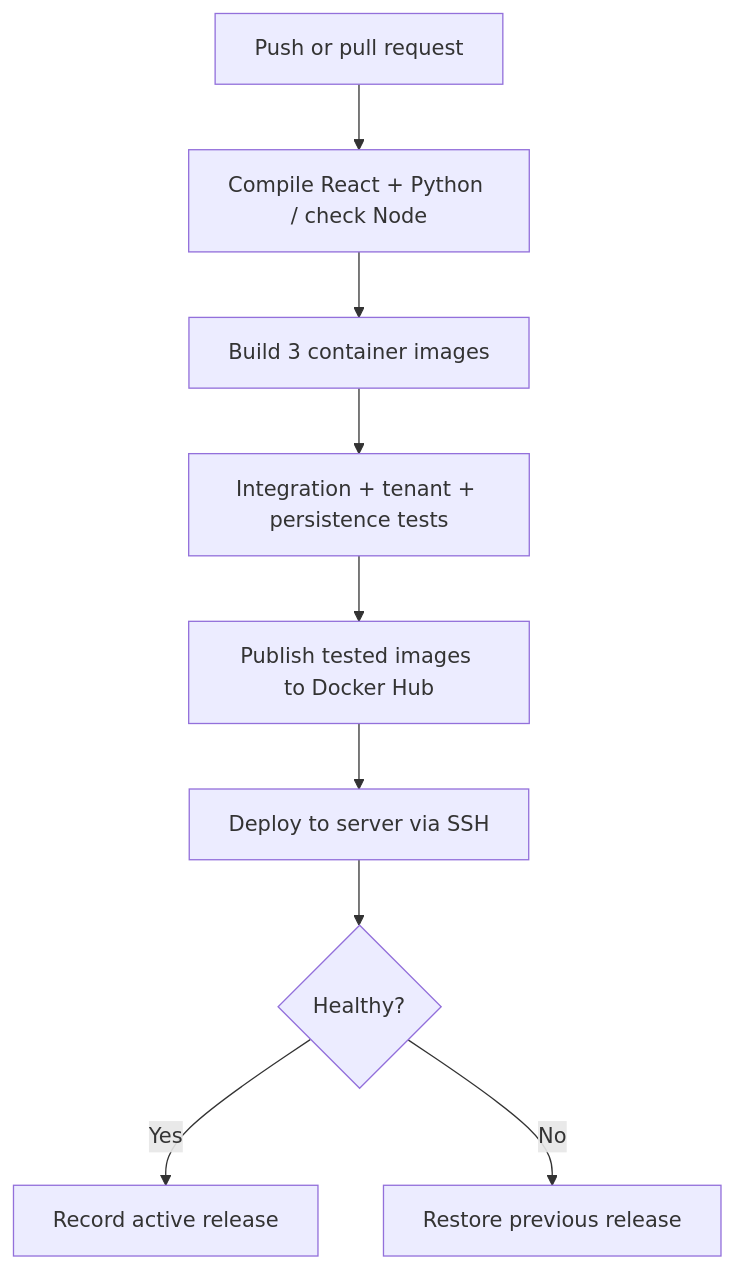
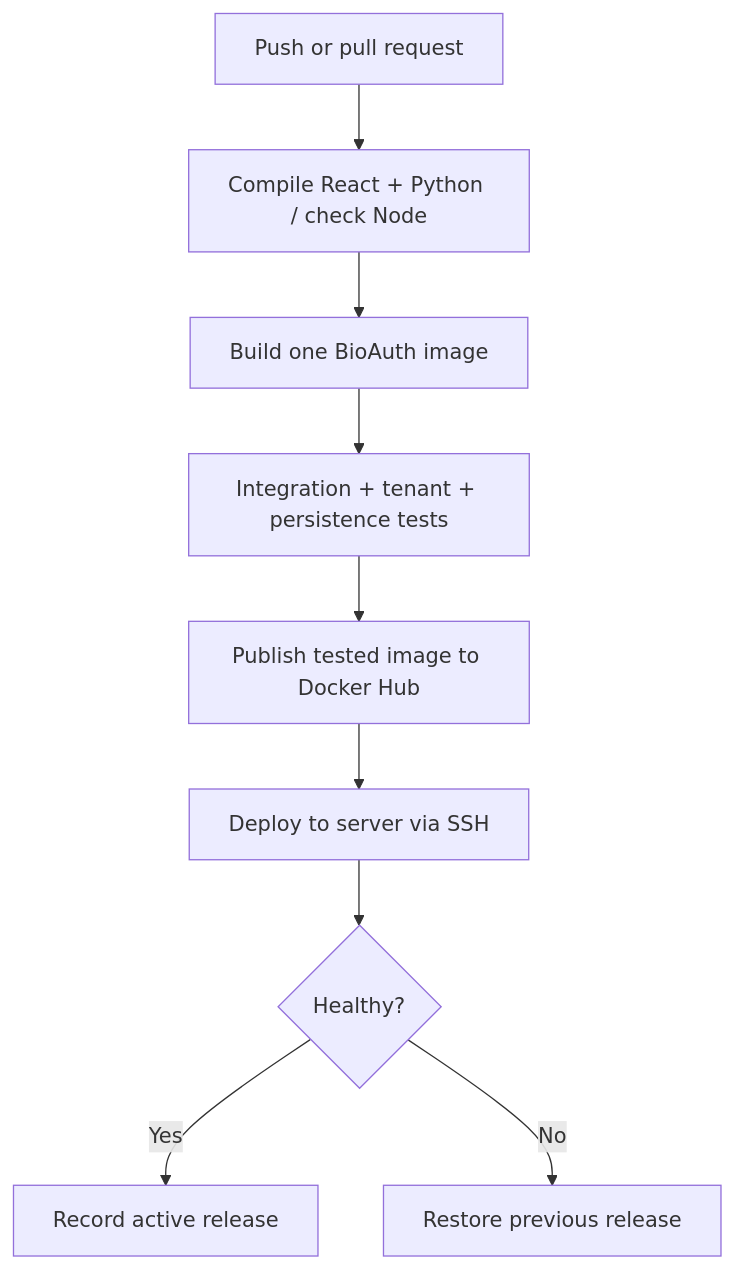
One commit to vijay-1806/Biometrics-Authentication changed the second of 2 diagrams in README.md. Above: the diagram before and after it, drawn with Mermaid. The commit also changed other lines of this file and 8 other files, not shown here.

Commit message:
Package BioAuth as one runnable Docker Hub image

````diff
--- a/README.md
+++ b/README.md
@@ -187,11 +202,11 @@
 ```mermaid
 flowchart TD
     Source["Push or pull request"] --> Compile["Compile React + Python / check Node"]
-    Compile --> Build["Build 3 container images"]
+    Compile --> Build["Build one BioAuth image"]
     Build --> Test["Integration + tenant + persistence tests"]
-    Test --> Publish["Publish tested images to Docker Hub"]
+    Test --> Publish["Publish tested image to Docker Hub"]
     Publish --> Deploy["Deploy to server via SSH"]
     Deploy --> Health{"Healthy?"}
     Health -->|Yes| Live["Record active release"]
     Health -->|No| Rollback["Restore previous release"]
 ```
````
